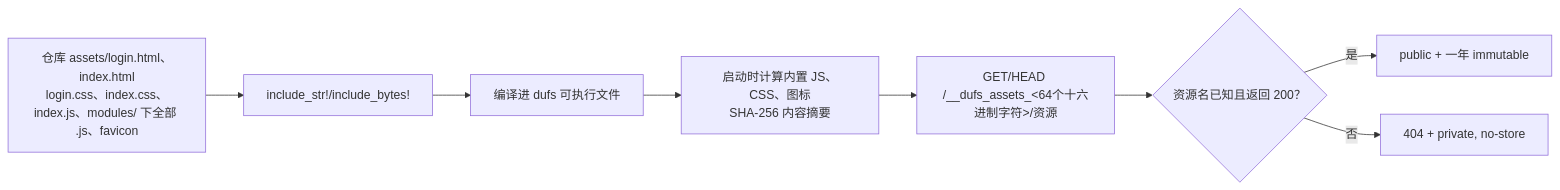
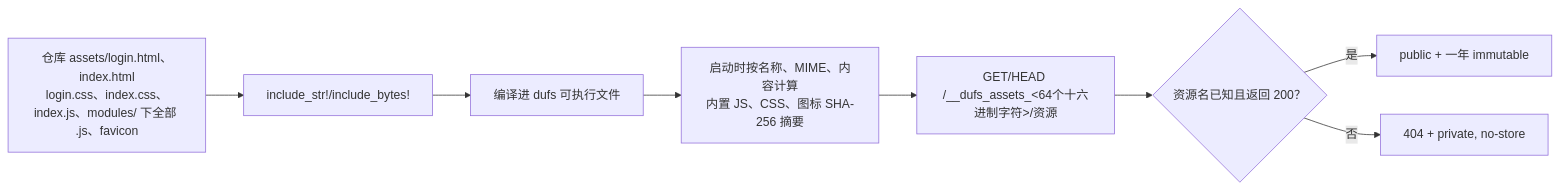
One commit to isarmg/dufs-ram changed the seventh of 22 diagrams in docs/project-workflow.md. Above: the diagram before and after it, drawn with Mermaid. The commit also changed other lines of this file and 14 other files, not shown here.

````diff
--- a/docs/project-workflow.md
+++ b/docs/project-workflow.md
@@ -283,10 +286,10 @@
 ```mermaid
 flowchart LR
     SOURCE["仓库 assets/login.html、index.html<br/>login.css、index.css、index.js、modules/ 下全部 .js、favicon"] --> COMPILE["include_str!/include_bytes!"]
     COMPILE --> BINARY["编译进 dufs 可执行文件"]
-    BINARY --> HASH["启动时计算内置 JS、CSS、图标<br/>SHA-256 内容摘要"]
+    BINARY --> HASH["启动时按名称、MIME、内容计算<br/>内置 JS、CSS、图标 SHA-256 摘要"]
     HASH --> URL["GET/HEAD /__dufs_assets_&lt;64个十六进制字符&gt;/资源"]
     URL --> KNOWN{"资源名已知且返回 200？"}
     KNOWN -- 是 --> CACHE["public + 一年 immutable"]
     KNOWN -- 否 --> MISS["404 + private, no-store"]
 ```
````
